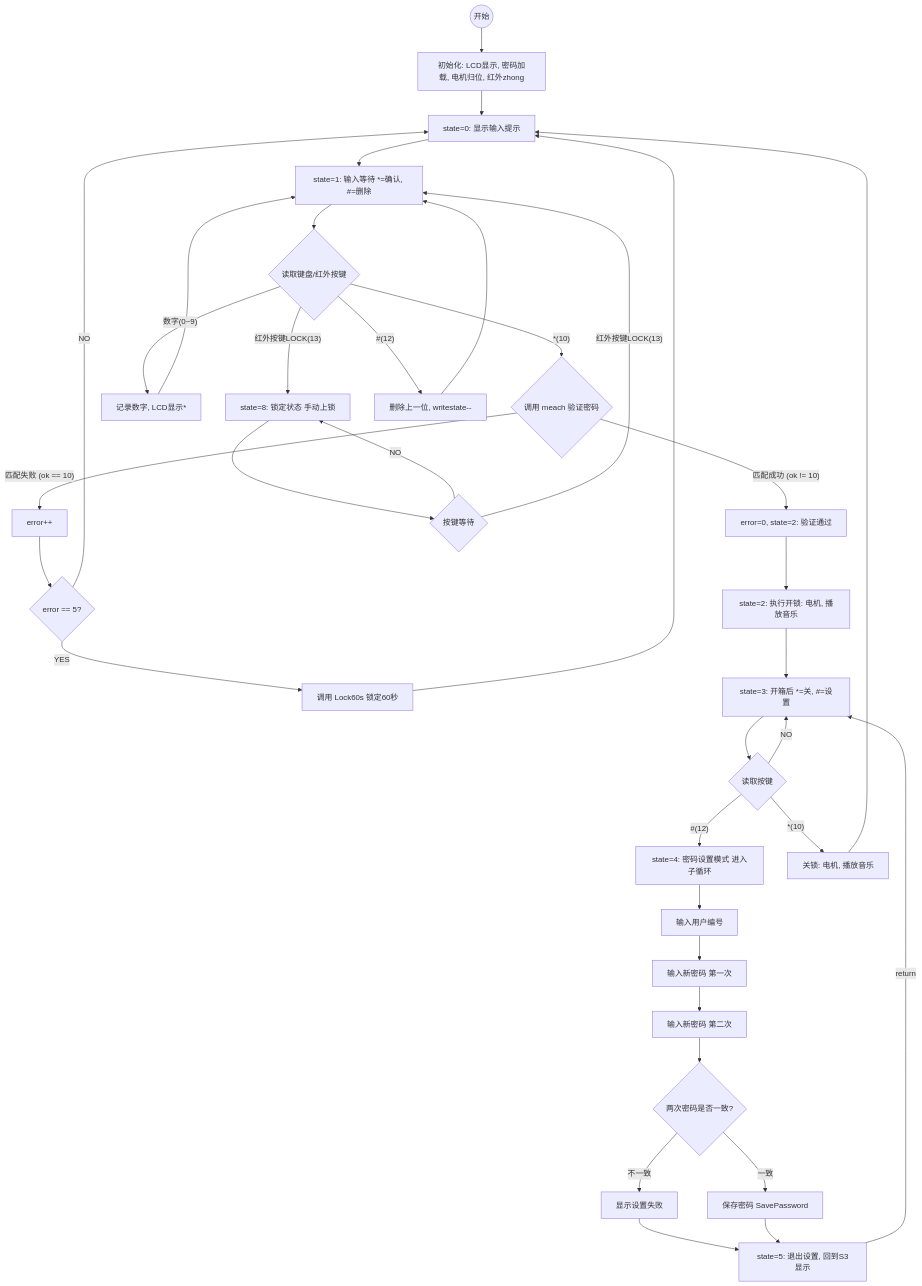
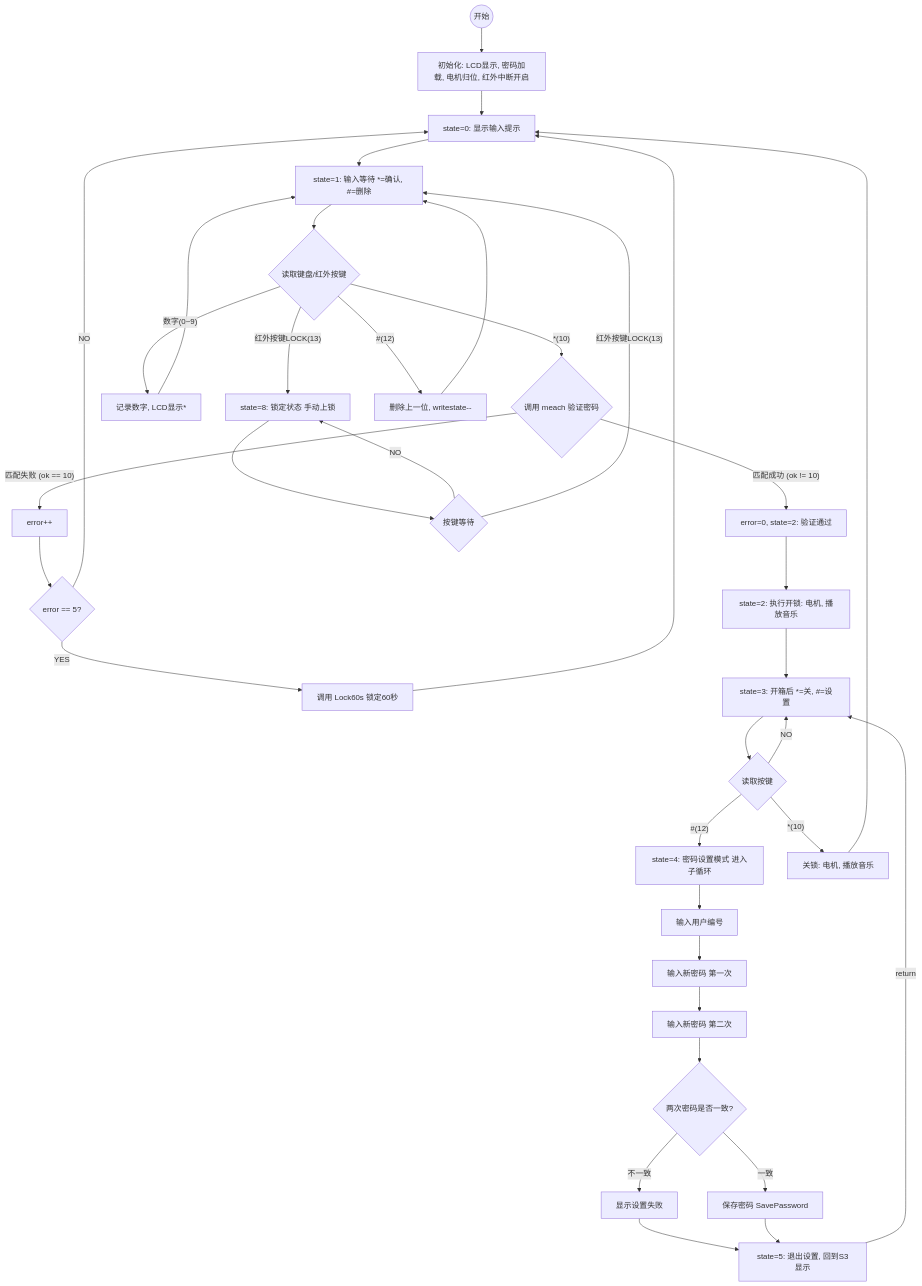
The diagram in all/未命名-2.md (ksxyh-22/iodraw-files), drawn with Mermaid before and after one commit.

Commit message:
2025-10-11 11:21:21 update

````diff
--- a/all/未命名-2.md
+++ b/all/未命名-2.md
@@ -1,78 +1,78 @@
 ```mermaid
 graph TD
     %% 状态机主流程
-    START((开始)) --> INIT[初始化: LCD显示, 密码加载, 电机归位, 红外zhong];
+    START((开始)) --> INIT[初始化: LCD显示, 密码加载, 电机归位, 红外中断开启];
     INIT --> S0[state=0: 显示输入提示];
 
     %% 状态 1: 密码输入与验证 (主流程)
     S0 --> S1[state=1: 输入等待 *=确认, #=删除];
     
     S1 --> INPUT{读取键盘/红外按键};
     
    
 
     
     %% 手动锁定 (分支到右侧)
     INPUT -- 红外按键LOCK(13) --> S8;
     
      %% 处理输入分支
     INPUT -- 数字(0~9) --> DIGIT[记录数字, LCD显示*];
     DIGIT --> S1;
 
 
 
     %% 验证分支
     INPUT -- *(10) --> VERIFY{调用 meach 验证密码};
 
     INPUT -- #(12) --> DELETE[删除上一位, writestate--];
     DELETE --> S1;
 
     
     VERIFY -- 匹配成功 (ok != 10) --> S2_SUCCESS[error=0, state=2: 验证通过];
     
     %% 失败和错误处理 (分支到右侧)
     VERIFY -- 匹配失败 (ok == 10) --> ERROR_COUNT[error++];
     
     ERROR_COUNT --> CHECK_ERRORS{error == 5?};
     
     CHECK_ERRORS -- NO --> S0;
 
     CHECK_ERRORS -- YES --> LOCK_60s[调用 Lock60s 锁定60秒];
     LOCK_60s --> S0;
 
     %% 状态 2, 3, 5: 开锁后的操作 (主流程)
     S2_SUCCESS --> S2_OPEN[state=2: 执行开锁: 电机, 播放音乐];
     S2_OPEN --> S3[state=3: 开箱后 *=关, #=设置];
 
     S3 --> POST_KEY{读取按键};
     
     POST_KEY -- NO --> S3;
     
     POST_KEY -- #(12) --> S4[state=4: 密码设置模式 进入子循环];
 
     POST_KEY -- *(10) --> S3_CLOSE[关锁: 电机, 播放音乐];
     S3_CLOSE --> S0;
     
     
 
     %% 状态 4: 密码设置 (子流程)
     S4 --> S4_USER[输入用户编号];
     S4_USER --> S4_PASS1[输入新密码 第一次];
     S4_PASS1 --> S4_PASS2[输入新密码 第二次];
 
     S4_PASS2 --> S4_CHECK{两次密码是否一致?};
     
     S4_CHECK -- 不一致 --> S4_FAIL[显示设置失败];
     S4_FAIL --> S5[state=5: 退出设置, 回到S3显示];
 
     S4_CHECK -- 一致 --> S4_SAVE[保存密码 SavePassword];
     S4_SAVE --> S5;
     
     S5 -- return --> S3; 
     
     %% 状态 8: 锁定状态 (独立循环)
     S8[state=8: 锁定状态 手动上锁] --> S8_WAIT{按键等待};
     
     S8_WAIT -- NO --> S8;
     S8_WAIT -- 红外按键LOCK(13) --> S1;
 ```
````
